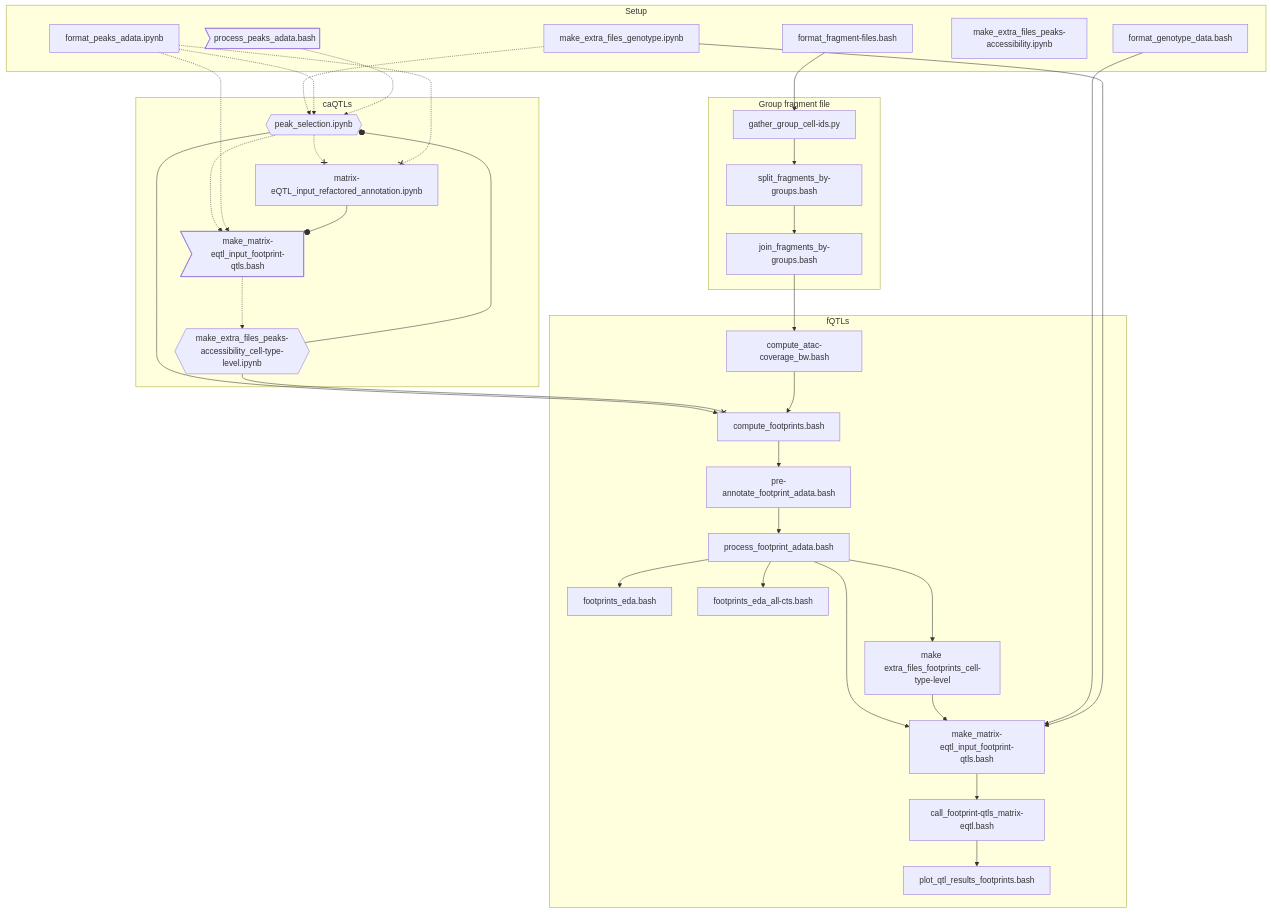
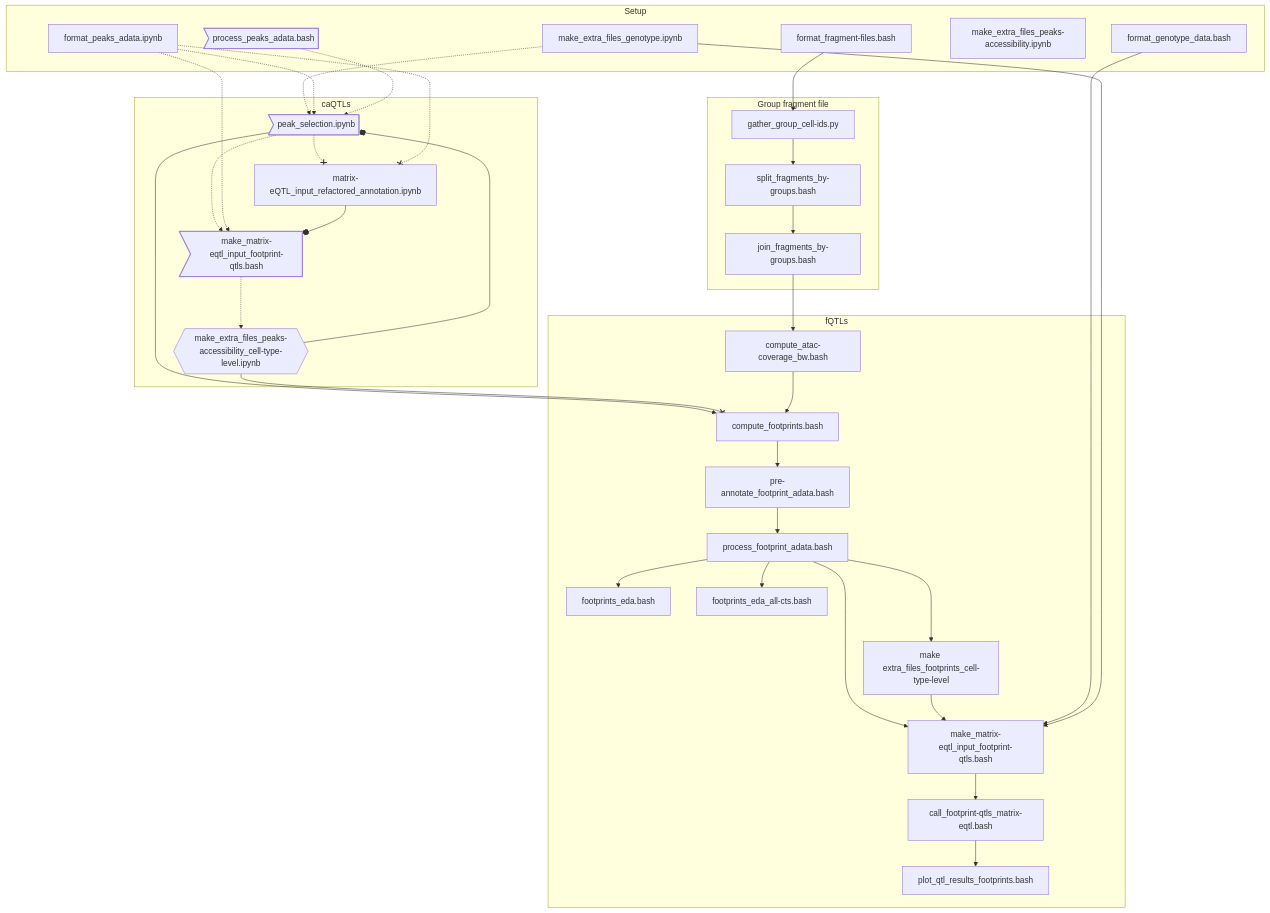
Before and after one commit to idf-io/footprintQTLs: the diagram in README.md, drawn with Mermaid. The commit also changed other lines of this file and 1 other file, not shown here.

````diff
--- a/README.md
+++ b/README.md
@@ -6,63 +3,63 @@
 ```mermaid
 flowchart TD
 
 subgraph Setup
 S1[format_genotype_data.bash]
 S2[make_extra_files_genotype.ipynb]
 S3[format_peaks_adata.ipynb]
 S4>process_peaks_adata.bash]
 S5[make_extra_files_peaks-accessibility.ipynb]
 S6[format_fragment-files.bash]
 end
 
 X1[gather_group_cell-ids.py]
 X2[split_fragments_by-groups.bash]
 X3[join_fragments_by-groups.bash]
 
 subgraph Group fragment file
 S6 --> X1
 X1 --> X2
 X2 --> X3
 end
 
-K{{peak_selection.ipynb}}
+K>peak_selection.ipynb]
 L>make_matrix-eqtl_input_footprint-qtls.bash]
 L1[matrix-eQTL_input_refactored_annotation.ipynb]
 M{{make_extra_files_peaks-accessibility_cell-type-level.ipynb}}
 
 subgraph caQTLs
 S2 & S3 & S4 -.-> K
 K & S3 -.-> L
 K & S3 -.-x L1
 L1 --o L
 L -.-> M
 end
 
 K --> B
 M --x B
 M --o K
 
 A[compute_atac-coverage_bw.bash]
 B[compute_footprints.bash]
 C[pre-annotate_footprint_adata.bash]
 D[process_footprint_adata.bash]
 E[make extra_files_footprints_cell-type-level]
 D1[footprints_eda.bash]
 D2[footprints_eda_all-cts.bash]
 F[make_matrix-eqtl_input_footprint-qtls.bash]
 G[call_footprint-qtls_matrix-eqtl.bash]
 H[plot_qtl_results_footprints.bash]
 
 subgraph fQTLs
 X3 --> A
 A --> B
 B --> C
 C --> D
 D ---> E
 D --> D1 & D2
 D & E --> F
 S1 & S2 --> F
 F --> G
 G --> H
 end
 ```
````
